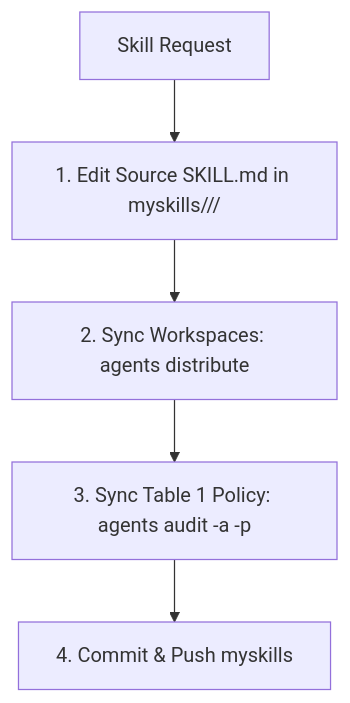
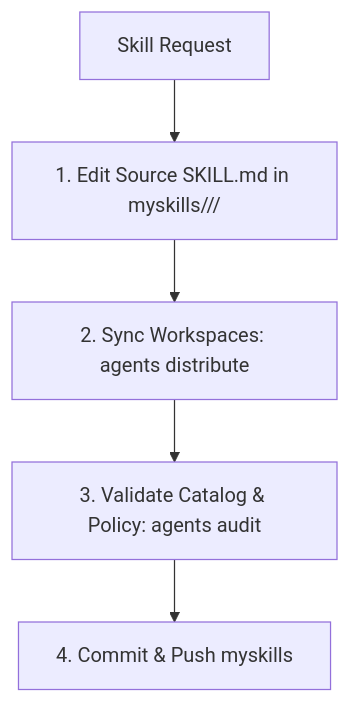
Before and after one commit to loerei/myskills: the diagram in productivity/manage-custom-skills/SKILL.md, drawn with Mermaid. The commit also changed other lines of this file and 3 other files, not shown here.

````diff
--- a/productivity/manage-custom-skills/SKILL.md
+++ b/productivity/manage-custom-skills/SKILL.md
@@ -12,7 +12,7 @@
 ```mermaid
 flowchart TD
     Start["Skill Request"] --> Source["1. Edit Source SKILL.md in myskills/<category>/<name>/"]
     Source --> Distribute["2. Sync Workspaces: agents distribute"]
-    Distribute --> Audit["3. Sync Table 1 Policy: agents audit -a -p"]
+    Distribute --> Audit["3. Validate Catalog & Policy: agents audit"]
     Audit --> Git["4. Commit & Push myskills"]
 ```
````
